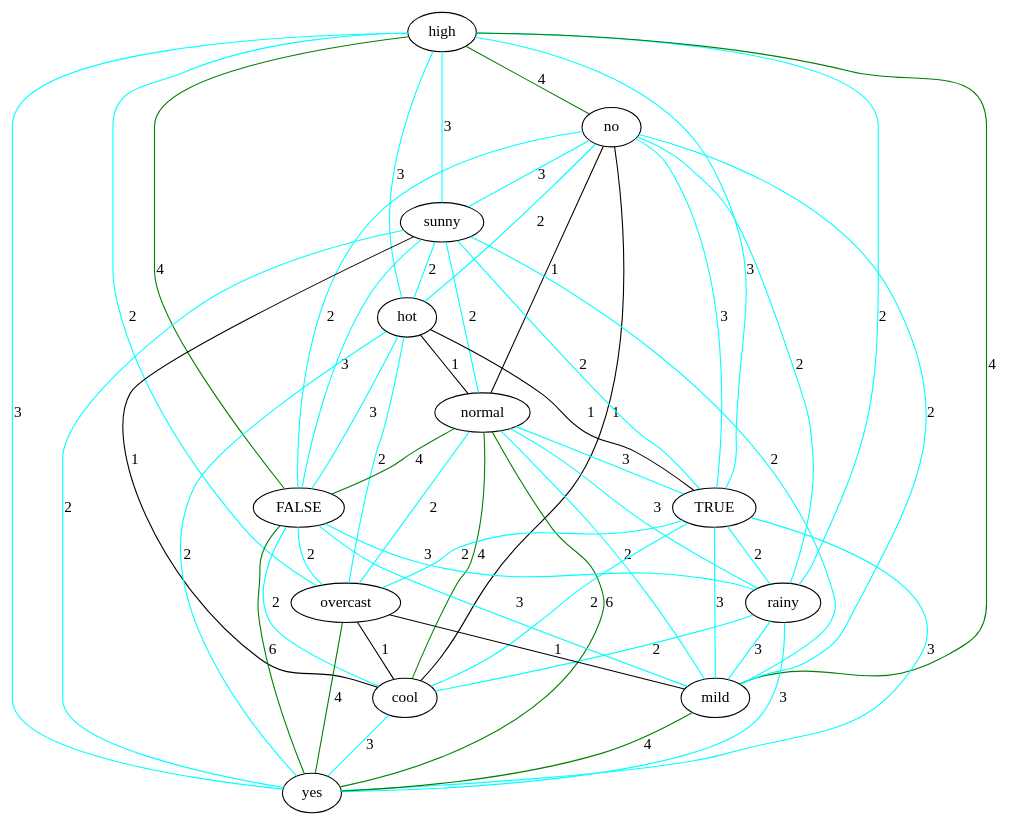
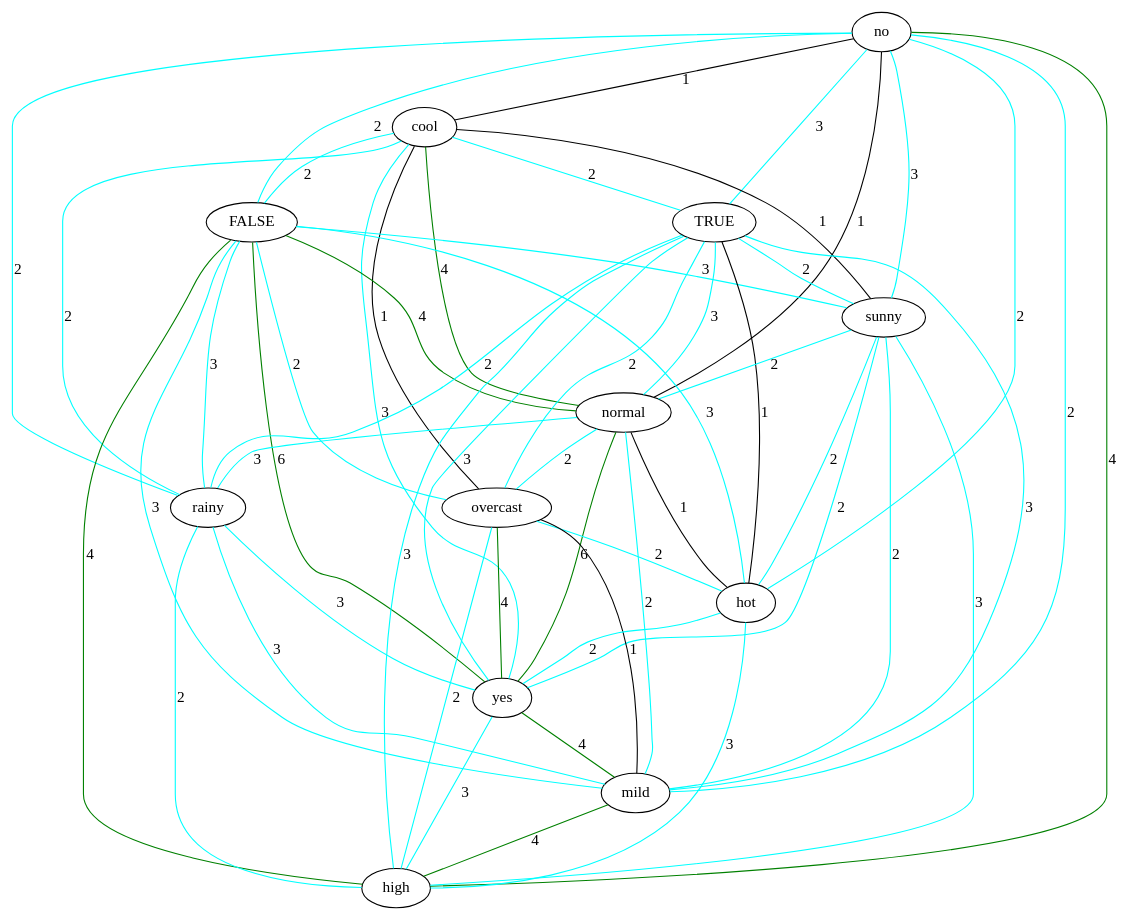
One commit to lrodrin/TFG changed the diagram in src/final/exponentialGraph.dot. Above: the diagram before and after it, drawn with Graphviz. The commit also changed 9 other files, not shown here.

```diff
--- a/src/final/exponentialGraph.dot
+++ b/src/final/exponentialGraph.dot
@@ -1,68 +1,68 @@
 strict graph "" {
-high;
 no;
-sunny;
-hot;
-normal;
+cool;
 FALSE;
 TRUE;
+sunny;
+normal;
+overcast;
 rainy;
-overcast;
-cool;
+hot;
+yes;
 mild;
-yes;
-high -- rainy  [color=cyan, label=2];
-high -- hot  [color=cyan, label=3];
-high -- no  [color=green, label=4];
-high -- TRUE  [color=cyan, label=3];
-high -- FALSE  [color=green, label=4];
-high -- overcast  [color=cyan, label=2];
-high -- sunny  [color=cyan, label=3];
-high -- mild  [color=green, label=4];
-high -- yes  [color=cyan, label=3];
+high;
+no -- hot  [color=cyan, label=2];
 no -- mild  [color=cyan, label=2];
 no -- rainy  [color=cyan, label=2];
+no -- cool  [color=black, label=1];
+no -- FALSE  [color=cyan, label=2];
 no -- TRUE  [color=cyan, label=3];
-no -- FALSE  [color=cyan, label=2];
-no -- hot  [color=cyan, label=2];
+no -- high  [color=green, label=4];
+no -- normal  [color=black, label=1];
 no -- sunny  [color=cyan, label=3];
-no -- cool  [color=black, label=1];
-no -- normal  [color=black, label=1];
-sunny -- TRUE  [color=cyan, label=2];
-sunny -- FALSE  [color=cyan, label=3];
+cool -- rainy  [color=cyan, label=2];
+cool -- FALSE  [color=cyan, label=2];
+cool -- TRUE  [color=cyan, label=2];
+cool -- sunny  [color=black, label=1];
+cool -- normal  [color=green, label=4];
+cool -- overcast  [color=black, label=1];
+cool -- yes  [color=cyan, label=3];
+FALSE -- hot  [color=cyan, label=3];
+FALSE -- yes  [color=green, label=6];
+FALSE -- mild  [color=cyan, label=3];
+FALSE -- high  [color=green, label=4];
+FALSE -- overcast  [color=cyan, label=2];
+FALSE -- normal  [color=green, label=4];
+FALSE -- sunny  [color=cyan, label=3];
+FALSE -- rainy  [color=cyan, label=3];
+TRUE -- hot  [color=black, label=1];
+TRUE -- rainy  [color=cyan, label=2];
+TRUE -- mild  [color=cyan, label=3];
+TRUE -- high  [color=cyan, label=3];
+TRUE -- overcast  [color=cyan, label=2];
+TRUE -- normal  [color=cyan, label=3];
+TRUE -- sunny  [color=cyan, label=2];
+TRUE -- yes  [color=cyan, label=3];
 sunny -- hot  [color=cyan, label=2];
-sunny -- cool  [color=black, label=1];
+sunny -- yes  [color=cyan, label=2];
+sunny -- high  [color=cyan, label=3];
+sunny -- normal  [color=cyan, label=2];
 sunny -- mild  [color=cyan, label=2];
-sunny -- normal  [color=cyan, label=2];
-sunny -- yes  [color=cyan, label=2];
-hot -- TRUE  [color=black, label=1];
-hot -- FALSE  [color=cyan, label=3];
-hot -- overcast  [color=cyan, label=2];
-hot -- normal  [color=black, label=1];
-hot -- yes  [color=cyan, label=2];
-normal -- FALSE  [color=green, label=4];
-normal -- TRUE  [color=cyan, label=3];
+normal -- hot  [color=black, label=1];
 normal -- rainy  [color=cyan, label=3];
+normal -- mild  [color=cyan, label=2];
 normal -- overcast  [color=cyan, label=2];
 normal -- yes  [color=green, label=6];
-normal -- cool  [color=green, label=4];
-normal -- mild  [color=cyan, label=2];
-FALSE -- cool  [color=cyan, label=2];
-FALSE -- rainy  [color=cyan, label=3];
-FALSE -- yes  [color=green, label=6];
-FALSE -- overcast  [color=cyan, label=2];
-FALSE -- mild  [color=cyan, label=3];
-TRUE -- mild  [color=cyan, label=3];
-TRUE -- rainy  [color=cyan, label=2];
-TRUE -- overcast  [color=cyan, label=2];
-TRUE -- cool  [color=cyan, label=2];
-TRUE -- yes  [color=cyan, label=3];
+overcast -- hot  [color=cyan, label=2];
+overcast -- mild  [color=black, label=1];
+overcast -- yes  [color=green, label=4];
+overcast -- high  [color=cyan, label=2];
+rainy -- mild  [color=cyan, label=3];
 rainy -- yes  [color=cyan, label=3];
-rainy -- cool  [color=cyan, label=2];
-rainy -- mild  [color=cyan, label=3];
-overcast -- yes  [color=green, label=4];
-overcast -- cool  [color=black, label=1];
-overcast -- mild  [color=black, label=1];
-cool -- yes  [color=cyan, label=3];
-mild -- yes  [color=green, label=4];
+rainy -- high  [color=cyan, label=2];
+hot -- yes  [color=cyan, label=2];
+hot -- high  [color=cyan, label=3];
+yes -- mild  [color=green, label=4];
+yes -- high  [color=cyan, label=3];
+mild -- high  [color=green, label=4];
 }
```
